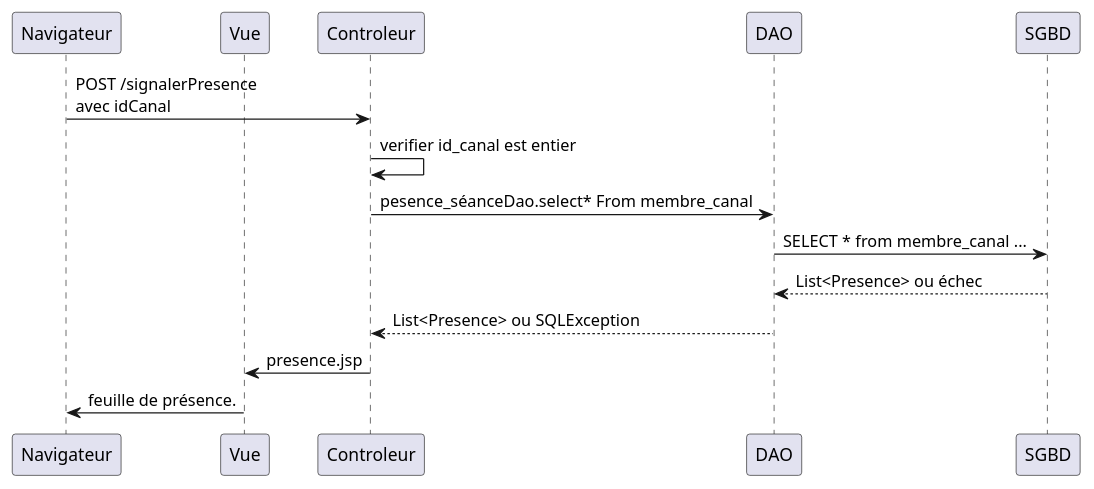
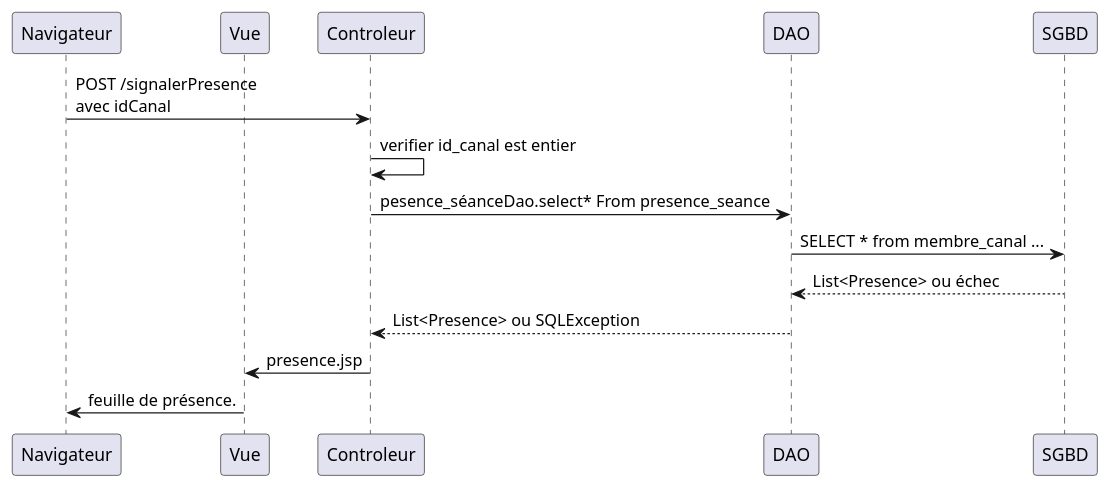
One commit to michel-plasse/SIOMassy2022 changed the diagram in src/main/uml/signalePresence.puml. Above: the diagram before and after it, drawn with PlantUML.

Commit message:
ajoute ListerLesMembres.puml

```diff
--- a/src/main/uml/signalePresence.puml
+++ b/src/main/uml/signalePresence.puml
@@ -1,13 +1,13 @@
 @startuml
 participant Navigateur
 participant Vue
 
 Navigateur -> Controleur: POST /signalerPresence\navec idCanal
 Controleur -> Controleur: verifier id_canal est entier
-Controleur -> DAO: pesence_séanceDao.select* From membre_canal
+Controleur -> DAO: pesence_séanceDao.select* From presence_seance
 DAO -> SGBD: SELECT * from membre_canal ...
 SGBD --> DAO: List<Presence> ou échec
 DAO --> Controleur:  List<Presence> ou SQLException
 Controleur -> Vue: presence.jsp
 Vue -> Navigateur:feuille de présence.
 @enduml
```
